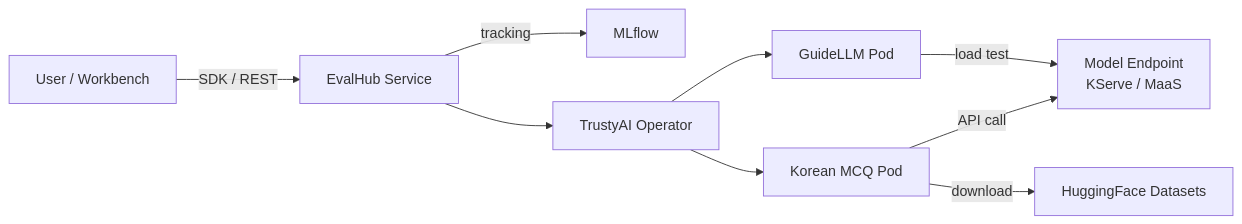
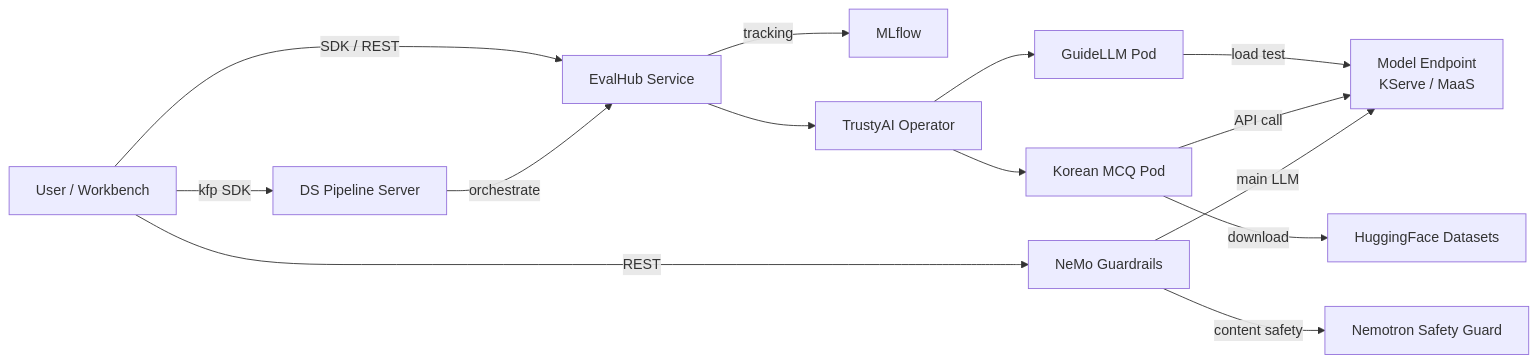
The diagram in README.md (hyogrin/rhoai-evalhub-lab), drawn with Mermaid before and after one commit. The commit also changed other lines of this file and 15 other files, not shown here.

````diff
--- a/README.md
+++ b/README.md
@@ -7,11 +7,16 @@
 ```mermaid
 flowchart LR
     User[User / Workbench] -->|SDK / REST| EvalHub[EvalHub Service]
     EvalHub -->|tracking| MLflow[MLflow]
     EvalHub --> Operator[TrustyAI Operator]
     Operator --> GuideLLM[GuideLLM Pod]
     Operator --> MCQ[Korean MCQ Pod]
     GuideLLM -->|load test| Model[Model Endpoint<br/>KServe / MaaS]
     MCQ -->|API call| Model
     MCQ -->|download| HF[HuggingFace Datasets]
+    User -->|kfp SDK| Pipeline[DS Pipeline Server]
+    Pipeline -->|orchestrate| EvalHub
+    User -->|REST| Guardrails[NeMo Guardrails]
+    Guardrails -->|content safety| SafetyModel[Nemotron Safety Guard]
+    Guardrails -->|main LLM| Model
 ```
````
